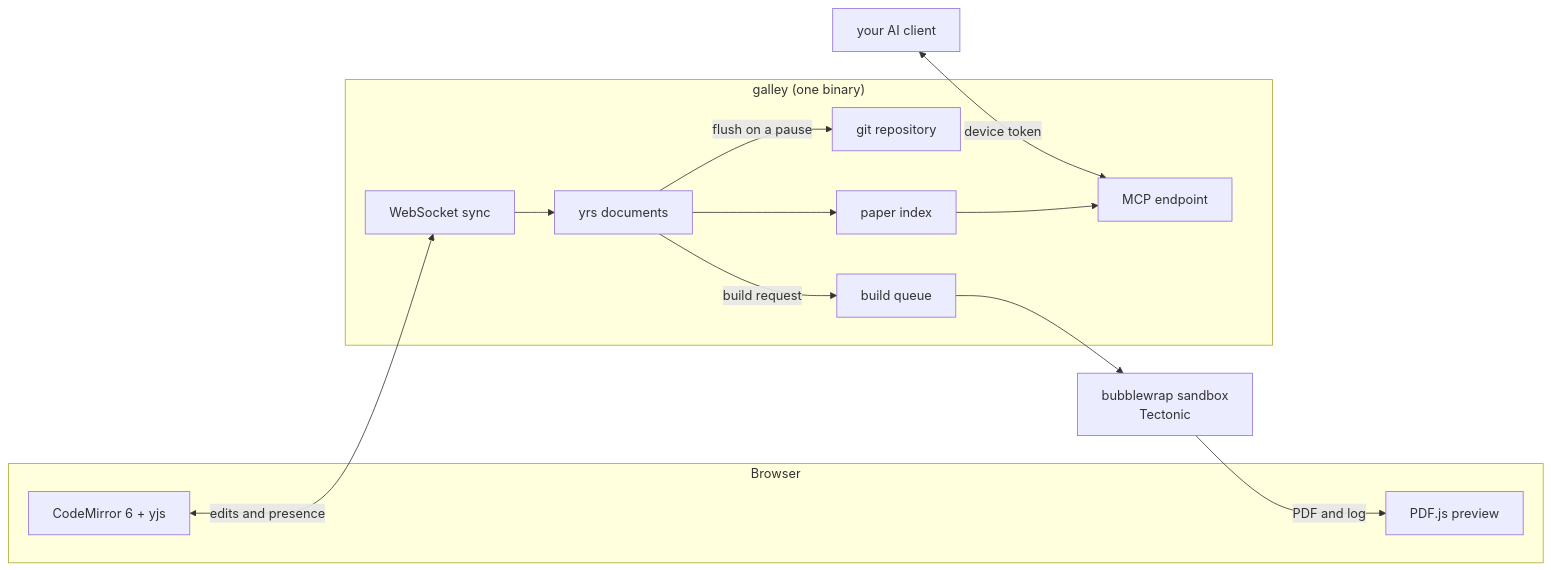
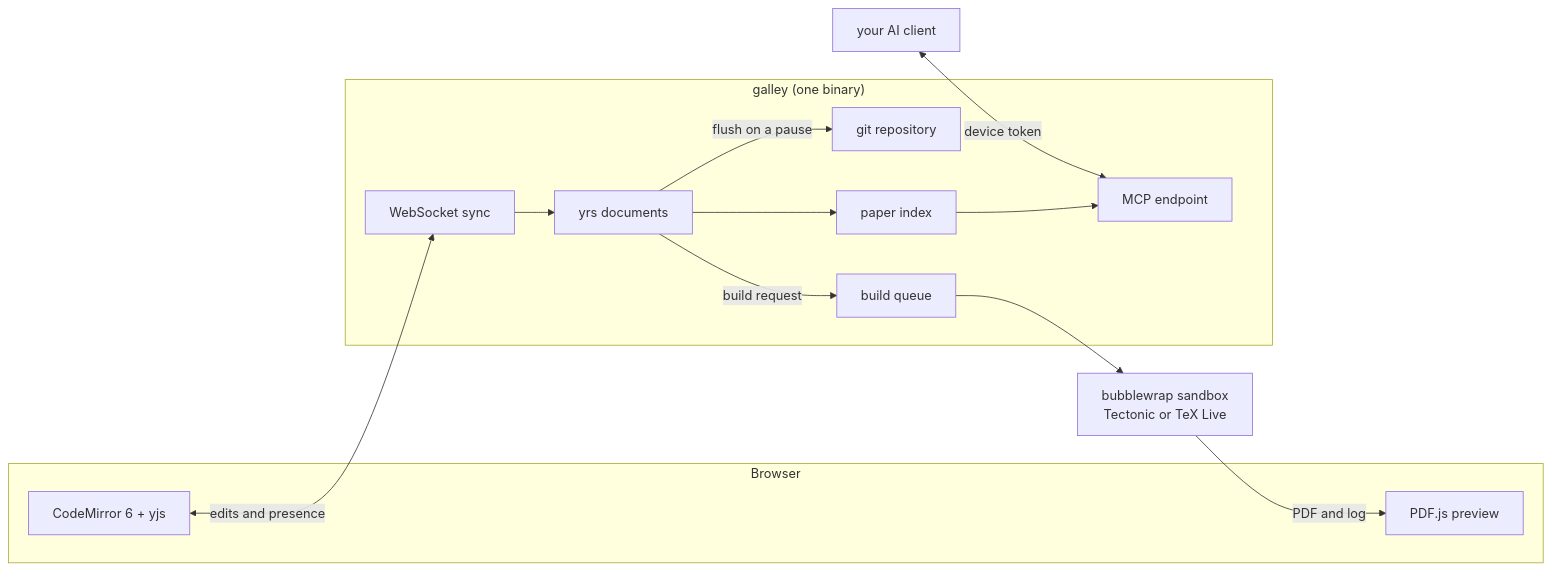
The diagram in README.md (Minerva-Laboratories/Galley), drawn with Mermaid before and after one commit. The commit also changed other lines of this file, not shown here.

````diff
--- a/README.md
+++ b/README.md
@@ -192,27 +206,27 @@
 ```mermaid
 flowchart LR
   subgraph Browser
     CM[CodeMirror 6 + yjs]
     PDF[PDF.js preview]
   end
   subgraph Server["galley (one binary)"]
     WS[WebSocket sync]
     DOC[yrs documents]
     GIT[git repository]
     Q[build queue]
     IDX[paper index]
     MCP[MCP endpoint]
   end
-  SB[bubblewrap sandbox<br/>Tectonic]
+  SB[bubblewrap sandbox<br/>Tectonic or TeX Live]
   AI[your AI client]
 
   CM <-->|edits and presence| WS
   WS --> DOC
   DOC -->|flush on a pause| GIT
   DOC -->|build request| Q
   Q --> SB
   SB -->|PDF and log| PDF
   DOC --> IDX
   IDX --> MCP
   AI <-->|device token| MCP
 ```
````
